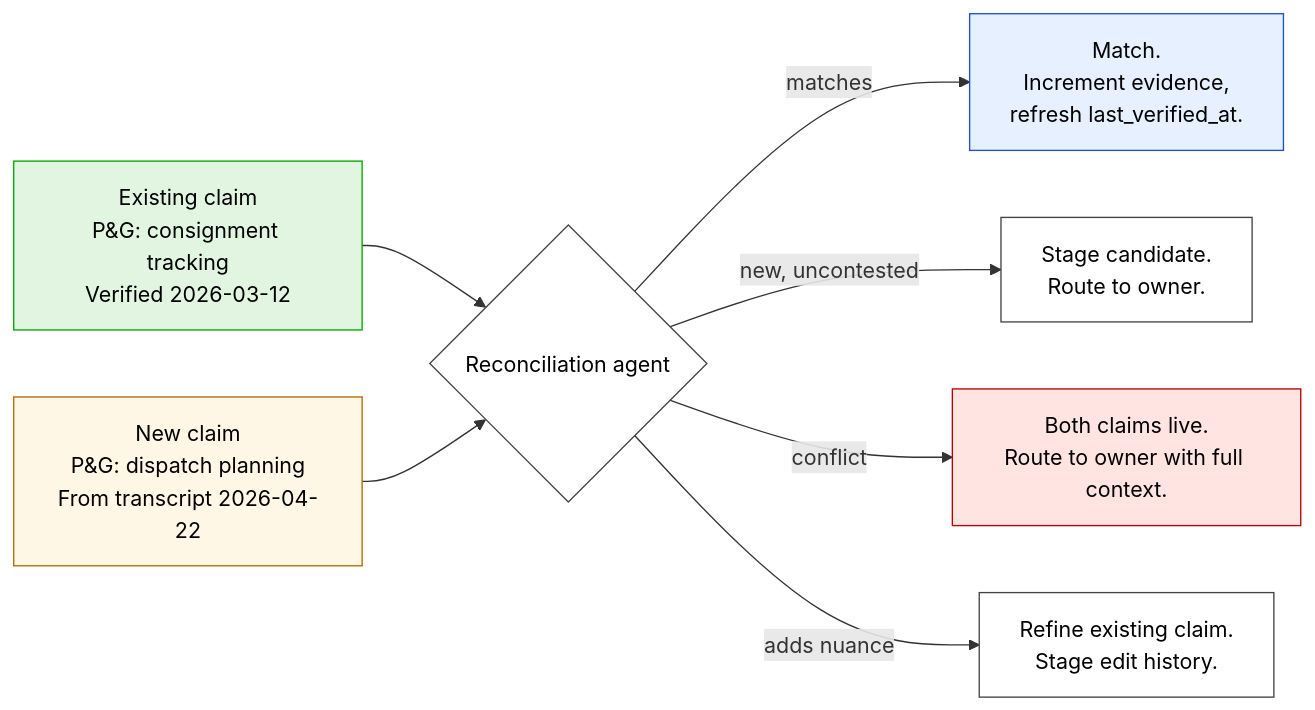
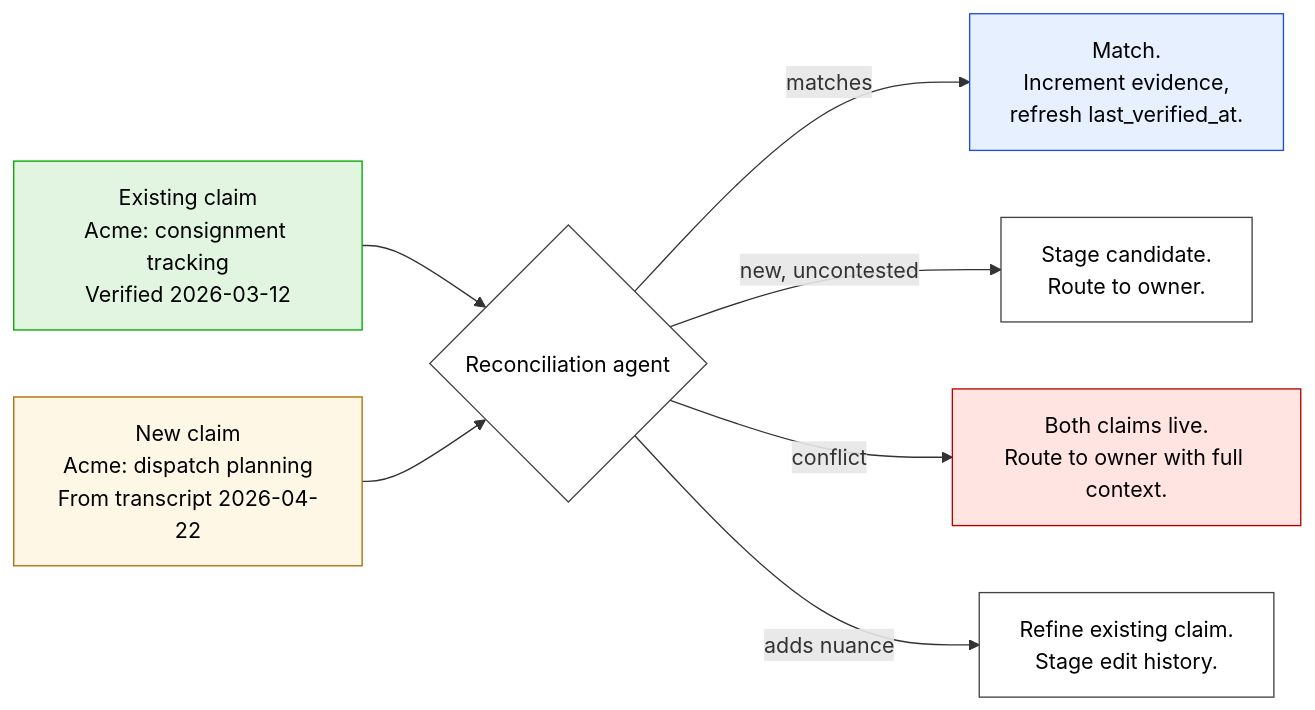
The eighth of 10 diagrams in src/data/blog/belief-based-systems.md (lazycoder1/personal-blog), drawn with Mermaid before and after one commit. The commit also changed other lines of this file, not shown here.

````diff
--- a/src/data/blog/belief-based-systems.md
+++ b/src/data/blog/belief-based-systems.md
@@ -339,23 +339,23 @@
 ```mermaid
 flowchart LR
   classDef new fill:#fff7e6,stroke:#b06c00,color:#000
   classDef old fill:#e1f5e1,stroke:#0a0,color:#000
   classDef judge fill:#fff,stroke:#444,color:#000
   classDef out1 fill:#e6f0ff,stroke:#1f4ed8,color:#000
   classDef out2 fill:#fff,stroke:#444,color:#000
   classDef out3 fill:#ffe4e1,stroke:#b00,color:#000
   classDef out4 fill:#fff,stroke:#444,color:#000
 
-  Old["Existing claim<br/>P&G: consignment tracking<br/>Verified 2026-03-12"]:::old
-  New["New claim<br/>P&G: dispatch planning<br/>From transcript 2026-04-22"]:::new
+  Old["Existing claim<br/>Acme: consignment tracking<br/>Verified 2026-03-12"]:::old
+  New["New claim<br/>Acme: dispatch planning<br/>From transcript 2026-04-22"]:::new
 
   R{"Reconciliation agent"}:::judge
 
   Old --> R
   New --> R
 
   R -->|matches| O1["Match.<br/>Increment evidence,<br/>refresh last_verified_at."]:::out1
   R -->|new, uncontested| O2["Stage candidate.<br/>Route to owner."]:::out2
   R -->|conflict| O3["Both claims live.<br/>Route to owner with full context."]:::out3
   R -->|adds nuance| O4["Refine existing claim.<br/>Stage edit history."]:::out4
 ```
````
